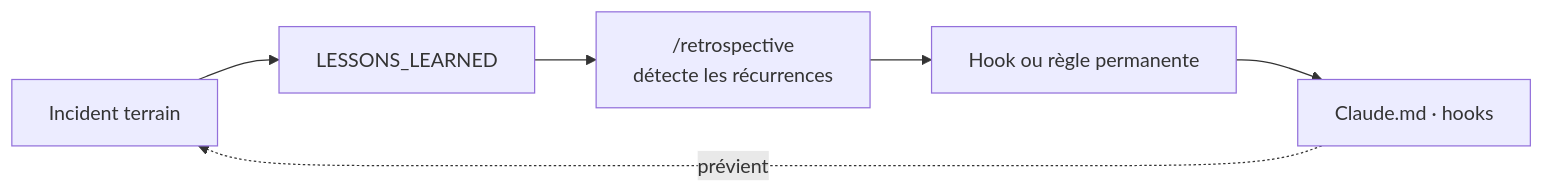
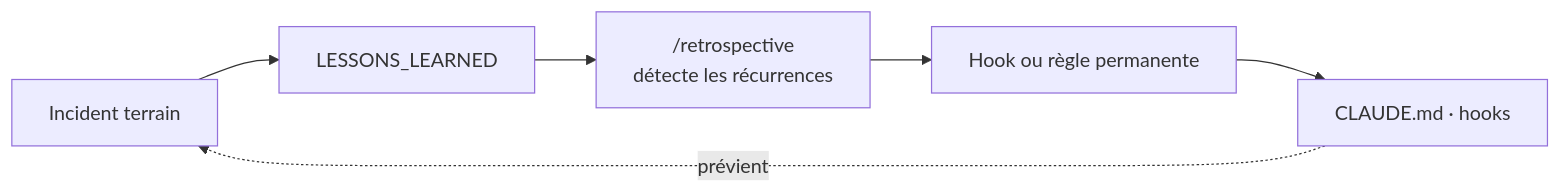
One commit to laurentGELY/SDLC changed the diagram in README.md. Above: the diagram before and after it, drawn with Mermaid. The commit also changed other lines of this file and 34 other files, not shown here.

````diff
--- a/README.md
+++ b/README.md
@@ -9,8 +9,8 @@
 ```mermaid
 flowchart LR
     A["Incident terrain"] --> B["LESSONS_LEARNED"]
     B --> C["/retrospective<br/>détecte les récurrences"]
     C --> D["Hook ou règle permanente"]
-    D --> E["Claude.md · hooks"]
+    D --> E["CLAUDE.md · hooks"]
     E -. prévient .-> A
 ```
````
